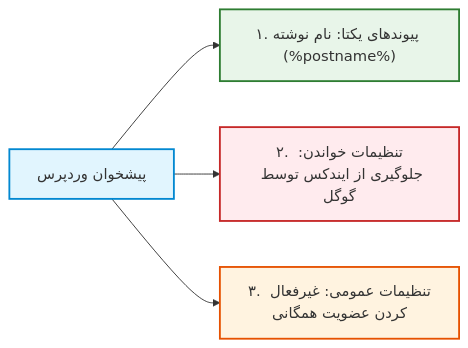
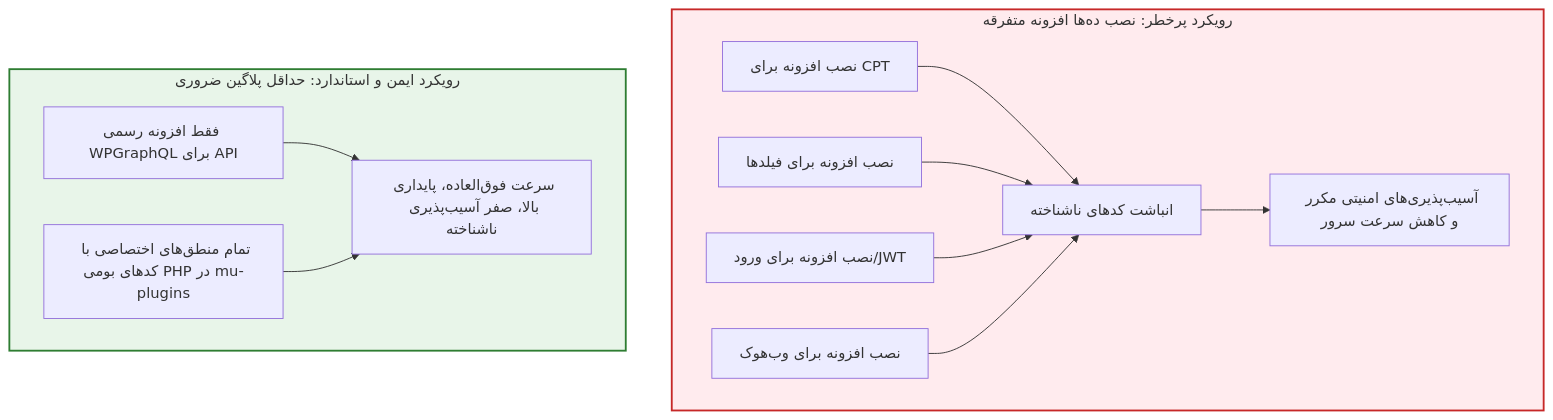
One commit to herehossein/headlessWP-nextJS changed the diagram in book/03-wordpress-setup-hardening.md. Above: the diagram before and after it, drawn with Mermaid. The commit also changed other lines of this file and 4 other files, not shown here.

Commit message:
refactor(backend): update versions to WP 7.1.4, PHP 8.5.12 and enforce minimal plugins policy

````diff
--- a/book/03-wordpress-setup-hardening.md
+++ b/book/03-wordpress-setup-hardening.md
@@ -29,11 +15,20 @@
 ```mermaid
-flowchart LR
-    A["پیشخوان وردپرس"] --> B["۱. پیوندهای یکتا: نام نوشته (%postname%)"]
-    A --> C["۲. تنظیمات خواندن: جلوگیری از ایندکس توسط گوگل"]
-    A --> D["۳. تنظیمات عمومی: غیرفعال کردن عضویت همگانی"]
+flowchart TD
+    subgraph BadPractice["رویکرد پرخطر: نصب ده‌ها افزونه متفرقه"]
+        BP1["نصب افزونه برای CPT"] --> Bloat["انباشت کدهای ناشناخته"]
+        BP2["نصب افزونه برای فیلدها"] --> Bloat
+        BP3["نصب افزونه برای ورود/JWT"] --> Bloat
+        BP4["نصب افزونه برای وب‌هوک"] --> Bloat
+        Bloat --> Exploit["آسیب‌پذیری‌های امنیتی مکرر و کاهش سرعت سرور"]
+    end
 
-    style A fill:#e1f5fe,stroke:#0288d1,stroke-width:2px
-    style B fill:#e8f5e9,stroke:#2e7d32,stroke-width:2px
-    style C fill:#ffebee,stroke:#c62828,stroke-width:2px
-    style D fill:#fff3e0,stroke:#e65100,stroke-width:2px
+    subgraph GoodPractice["رویکرد ایمن و استاندارد: حداقل پلاگین ضروری"]
+        GP1["فقط افزونه رسمی WPGraphQL برای API"]
+        GP2["تمام منطق‌های اختصاصی با کدهای بومی PHP در mu-plugins"]
+        GP1 --> Clean["سرعت فوق‌العاده، پایداری بالا، صفر آسیب‌پذیری ناشناخته"]
+        GP2 --> Clean
+    end
+
+    style BadPractice fill:#ffebee,stroke:#c62828,stroke-width:2px
+    style GoodPractice fill:#e8f5e9,stroke:#2e7d32,stroke-width:2px
 ```
````
